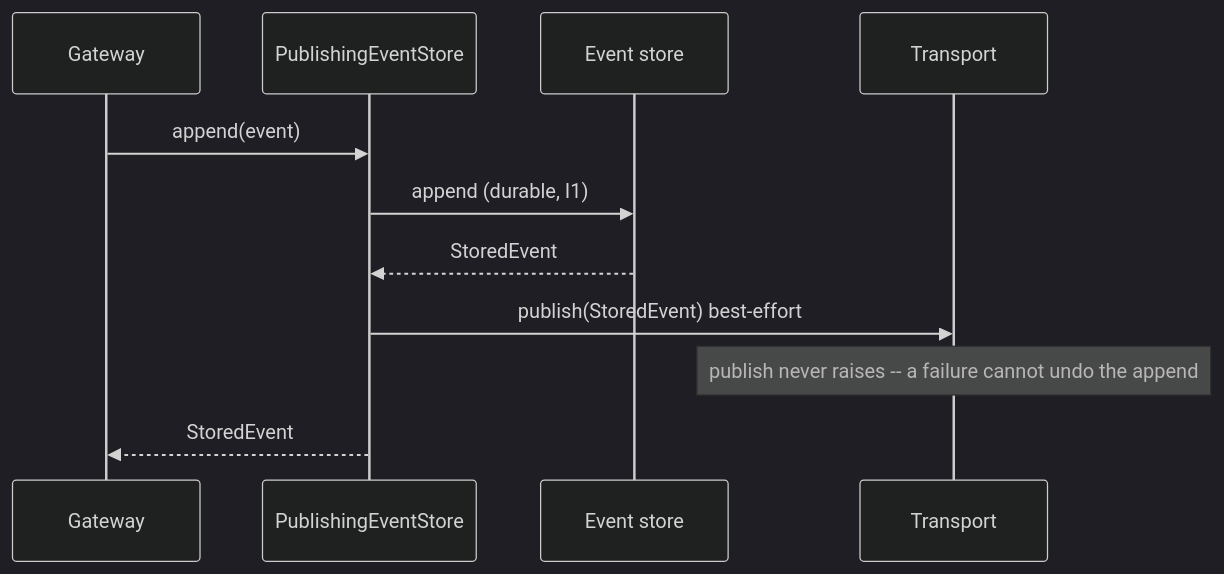
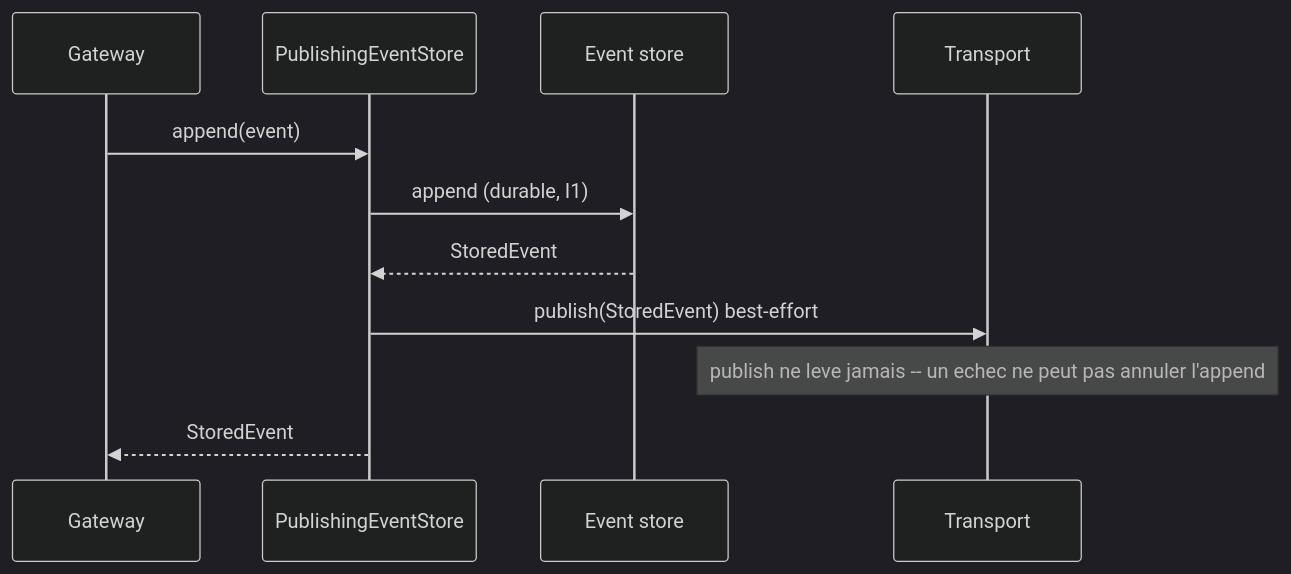
The second of 2 diagrams in docs/runbooks/realtime-transport.md (mo0ogly/recette_IA_agents), drawn with Mermaid (dark theme) before and after one commit. The commit also changed other lines of this file and 25 other files, not shown here.

````diff
--- a/docs/runbooks/realtime-transport.md
+++ b/docs/runbooks/realtime-transport.md
@@ -50,13 +50,13 @@
 ```mermaid
 sequenceDiagram
   participant GW as Gateway
   participant PS as PublishingEventStore
   participant ES as Event store
   participant RT as Transport
   GW->>PS: append(event)
   PS->>ES: append (durable, I1)
   ES-->>PS: StoredEvent
   PS->>RT: publish(StoredEvent) best-effort
-  Note over RT: publish never raises -- a failure cannot undo the append
+  Note over RT: publish ne leve jamais -- un echec ne peut pas annuler l'append
   PS-->>GW: StoredEvent
 ```
````
